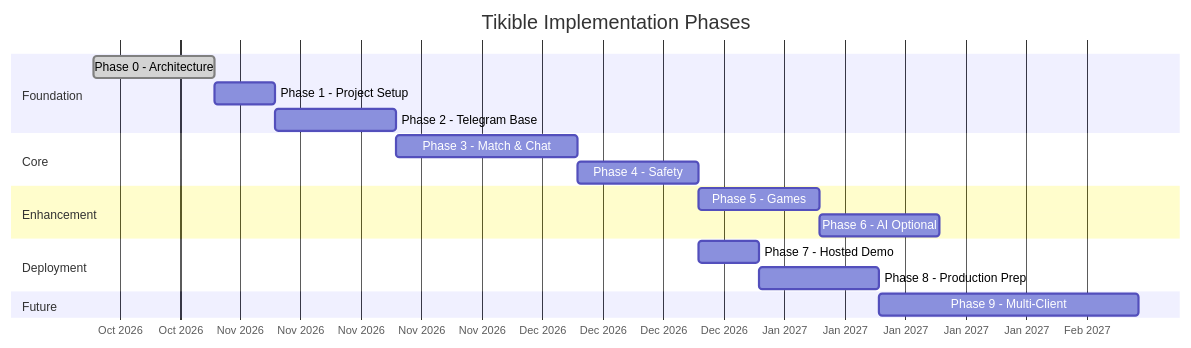
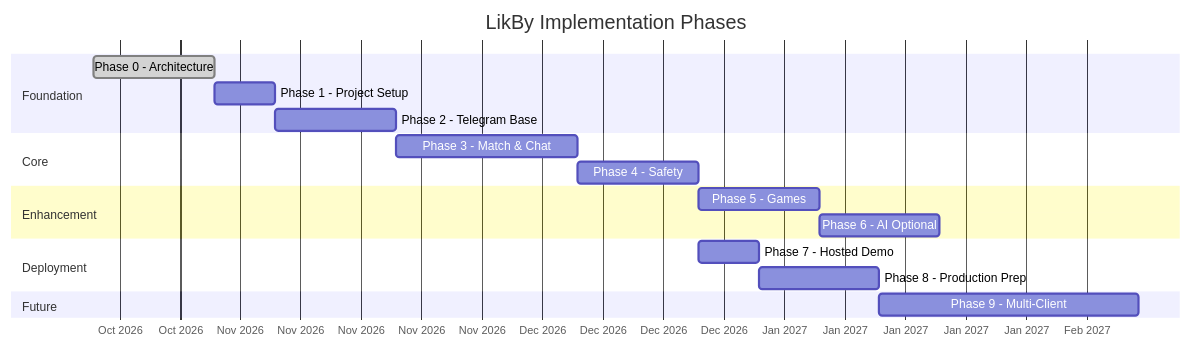
Before and after one commit to likby-dev/LikBy: the diagram in docs/02-scope-and-roadmap.md, drawn with Mermaid. The commit also changed 131 other files, not shown here.

Commit message:
refactor: rename project, package, and documentation from tikible to LikBy

````diff
--- a/docs/02-scope-and-roadmap.md
+++ b/docs/02-scope-and-roadmap.md
@@ -15,26 +15,26 @@
 ```mermaid
 gantt
-    title Tikible Implementation Phases
+    title LikBy Implementation Phases
     dateFormat YYYY-MM-DD
     axisFormat %b %Y
 
     section Foundation
     Phase 0 - Architecture     :done, p0, 2026-10-15, 14d
     Phase 1 - Project Setup    :p1, after p0, 7d
     Phase 2 - Telegram Base    :p2, after p1, 14d
 
     section Core
     Phase 3 - Match & Chat     :p3, after p2, 21d
     Phase 4 - Safety           :p4, after p3, 14d
 
     section Enhancement
     Phase 5 - Games            :p5, after p4, 14d
     Phase 6 - AI Optional      :p6, after p5, 14d
 
     section Deployment
     Phase 7 - Hosted Demo      :p7, after p4, 7d
     Phase 8 - Production Prep  :p8, after p7, 14d
 
     section Future
     Phase 9 - Multi-Client     :p9, after p8, 30d
 ```
````
